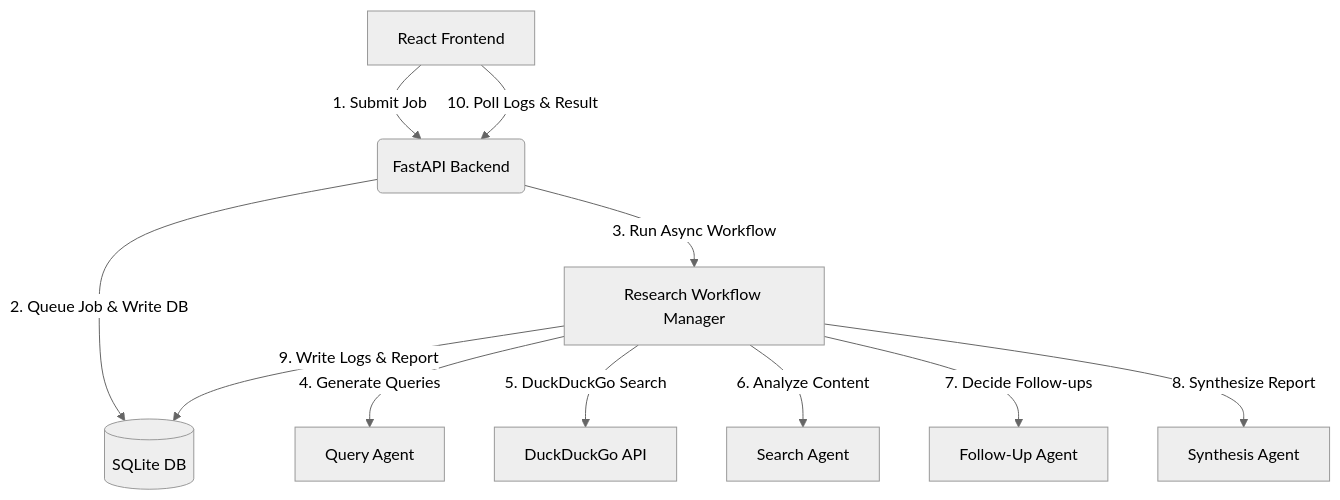
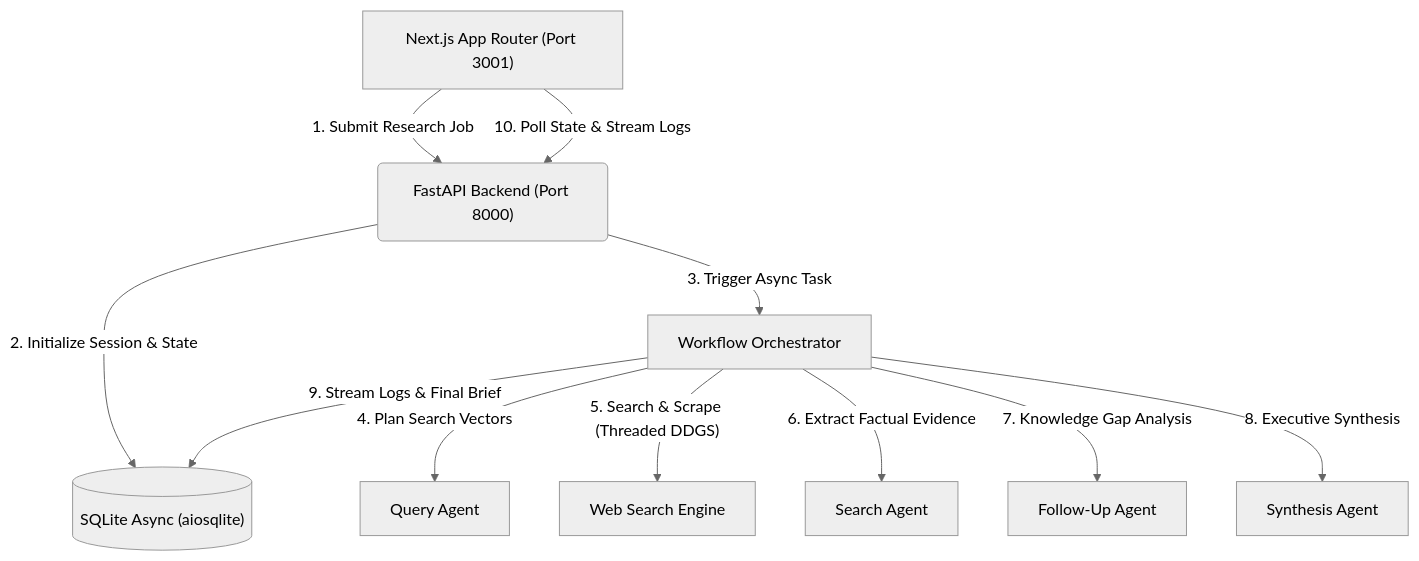
The diagram in README.md (Hetav21/Noesis), drawn with Mermaid (neutral theme) before and after one commit. The commit also changed other lines of this file, not shown here.

Commit message:
chore: update architecture documentation and nix development flake

````diff
--- a/README.md
+++ b/README.md
@@ -60,13 +25,13 @@
 ```mermaid
 graph TD
-    A[React Frontend] -->|1. Submit Job| B(FastAPI Backend)
-    B -->|2. Queue Job & Write DB| C[(SQLite DB)]
-    B -->|3. Run Async Workflow| D[Research Workflow Manager]
-    D -->|4. Generate Queries| E[Query Agent]
-    D -->|5. DuckDuckGo Search| F[DuckDuckGo API]
-    D -->|6. Analyze Content| G[Search Agent]
-    D -->|7. Decide Follow-ups| H[Follow-Up Agent]
-    D -->|8. Synthesize Report| I[Synthesis Agent]
-    D -->|9. Write Logs & Report| C
-    A -->|10. Poll Logs & Result| B
+    A["Next.js App Router (Port 3001)"] -->|"1. Submit Research Job"| B("FastAPI Backend (Port 8000)")
+    B -->|"2. Initialize Session & State"| C[("SQLite Async (aiosqlite)")]
+    B -->|"3. Trigger Async Task"| D["Workflow Orchestrator"]
+    D -->|"4. Plan Search Vectors"| E["Query Agent"]
+    D -->|"5. Search & Scrape (Threaded DDGS)"| F["Web Search Engine"]
+    D -->|"6. Extract Factual Evidence"| G["Search Agent"]
+    D -->|"7. Knowledge Gap Analysis"| H["Follow-Up Agent"]
+    D -->|"8. Executive Synthesis"| I["Synthesis Agent"]
+    D -->|"9. Stream Logs & Final Brief"| C
+    A -->|"10. Poll State & Stream Logs"| B
 ```
````
